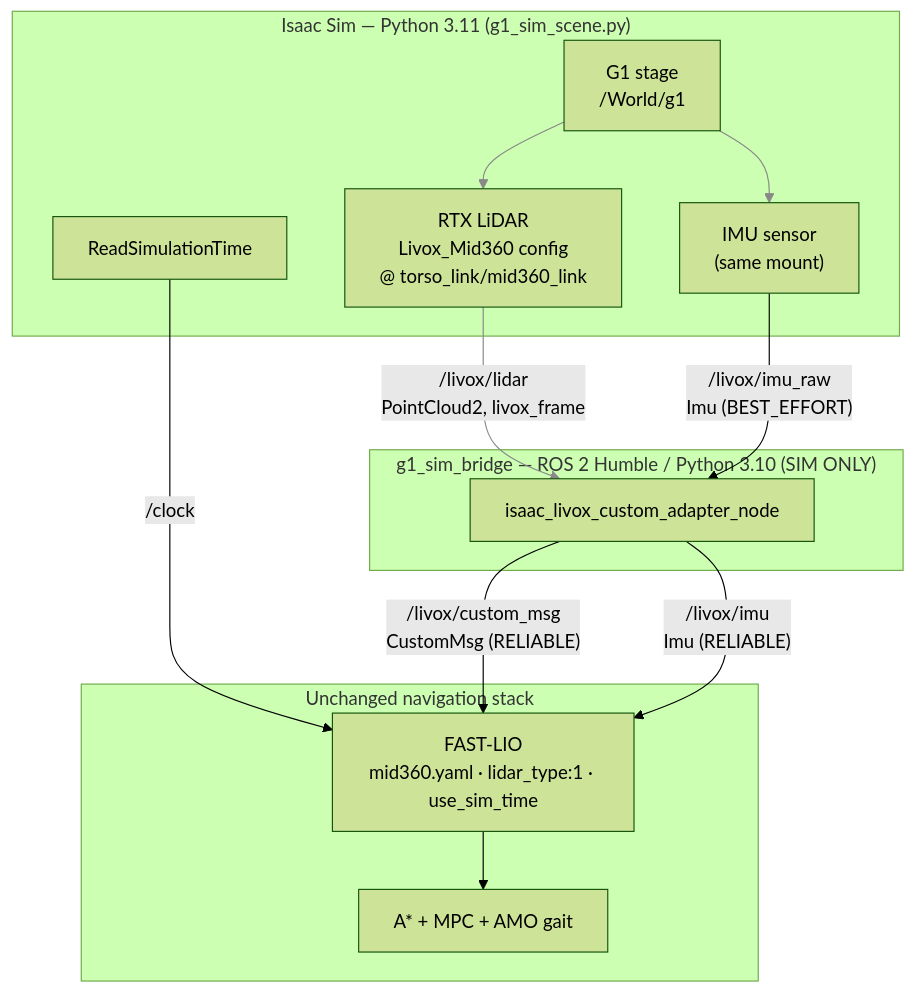
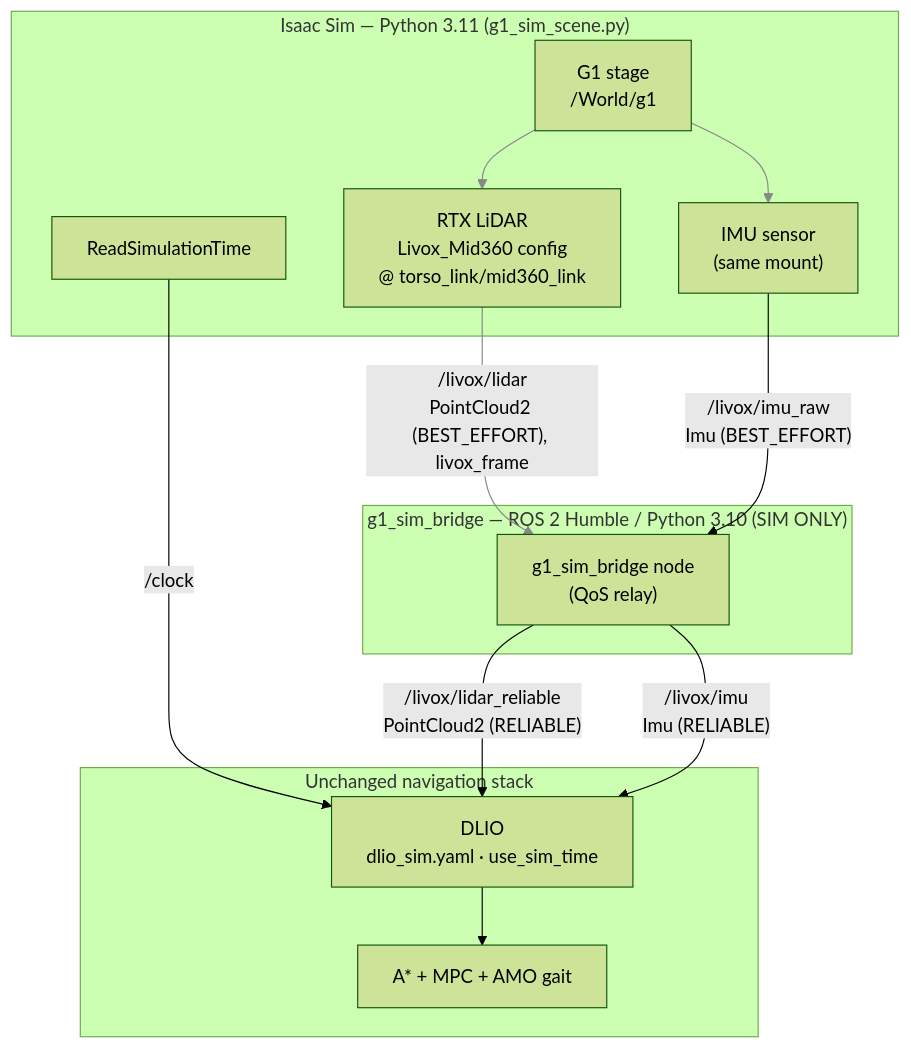
Before and after one commit to talos-robotics-ai/Navigation: the first of 2 diagrams in sim/README.md, drawn with Mermaid (forest theme). The commit also changed other lines of this file and 124 other files, not shown here.

````diff
--- a/sim/README.md
+++ b/sim/README.md
@@ -7,29 +8,29 @@
 ```mermaid
 flowchart TB
     subgraph ISAAC["Isaac Sim — Python 3.11 (g1_sim_scene.py)"]
         stage["G1 stage<br/>/World/g1"]
         rtx["RTX LiDAR<br/>Livox_Mid360 config<br/>@ torso_link/mid360_link"]
         imu["IMU sensor<br/>(same mount)"]
         clk["ReadSimulationTime"]
         stage --> rtx
         stage --> imu
     end
 
     subgraph BRIDGE["g1_sim_bridge — ROS 2 Humble / Python 3.10 (SIM ONLY)"]
-        adapt["isaac_livox_custom_adapter_node"]
+        adapt["g1_sim_bridge node<br/>(QoS relay)"]
     end
 
     subgraph STACK["Unchanged navigation stack"]
-        flio["FAST-LIO<br/>mid360.yaml · lidar_type:1 · use_sim_time"]
+        flio["DLIO<br/>dlio_sim.yaml · use_sim_time"]
         rest["A* + MPC + AMO gait"]
     end
 
-    rtx -->|"/livox/lidar<br/>PointCloud2, livox_frame"| adapt
+    rtx -->|"/livox/lidar<br/>PointCloud2 (BEST_EFFORT), livox_frame"| adapt
     imu -->|"/livox/imu_raw<br/>Imu (BEST_EFFORT)"| adapt
     clk -->|"/clock"| flio
-    adapt -->|"/livox/custom_msg<br/>CustomMsg (RELIABLE)"| flio
+    adapt -->|"/livox/lidar_reliable<br/>PointCloud2 (RELIABLE)"| flio
     adapt -->|"/livox/imu<br/>Imu (RELIABLE)"| flio
     flio --> rest
 
     linkStyle 0,1,2 stroke:#888
 ```
````
